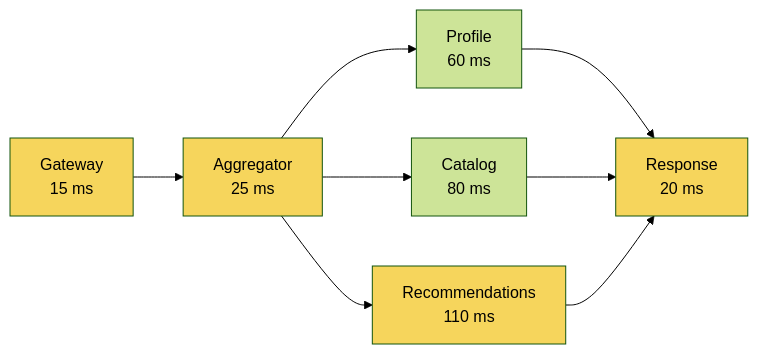
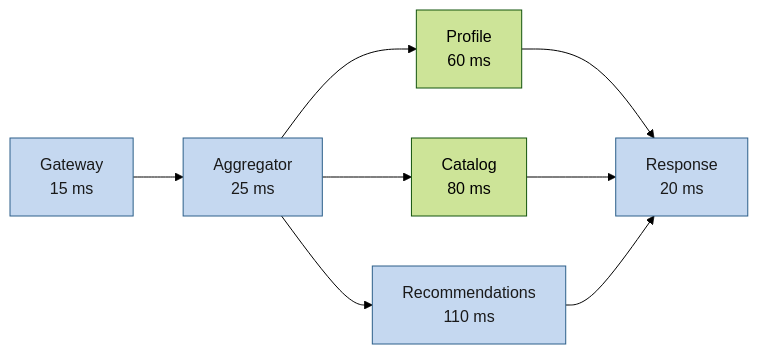
One commit to Bindukk18/latency-budget-analyzer changed the second of 2 diagrams in README.md. Above: the diagram before and after it, drawn with Mermaid (forest theme). The commit also changed 1 other file, not shown here.

Commit message:
docs: use slate blue for critical-path nodes

````diff
--- a/README.md
+++ b/README.md
@@ -64,14 +64,14 @@
 ```mermaid
 flowchart LR
     G["Gateway<br/>15 ms"] --> A["Aggregator<br/>25 ms"]
     A --> PR["Profile<br/>60 ms"]
     A --> CA["Catalog<br/>80 ms"]
     A --> RE["Recommendations<br/>110 ms"]
     PR --> R["Response<br/>20 ms"]
     CA --> R
     RE --> R
-    style G fill:#f6d55c
-    style A fill:#f6d55c
-    style RE fill:#f6d55c
-    style R fill:#f6d55c
+    style G fill:#c5d8f0,stroke:#2c5f8a,color:#1a1a1a
+    style A fill:#c5d8f0,stroke:#2c5f8a,color:#1a1a1a
+    style RE fill:#c5d8f0,stroke:#2c5f8a,color:#1a1a1a
+    style R fill:#c5d8f0,stroke:#2c5f8a,color:#1a1a1a
 ```
````
